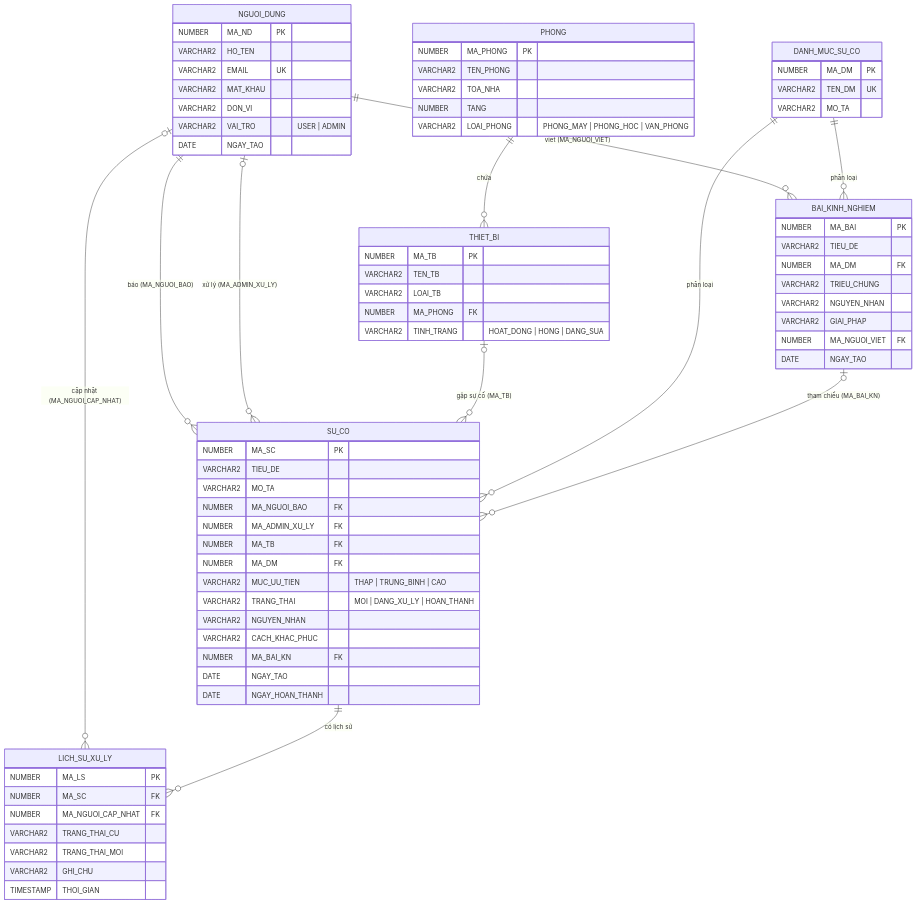
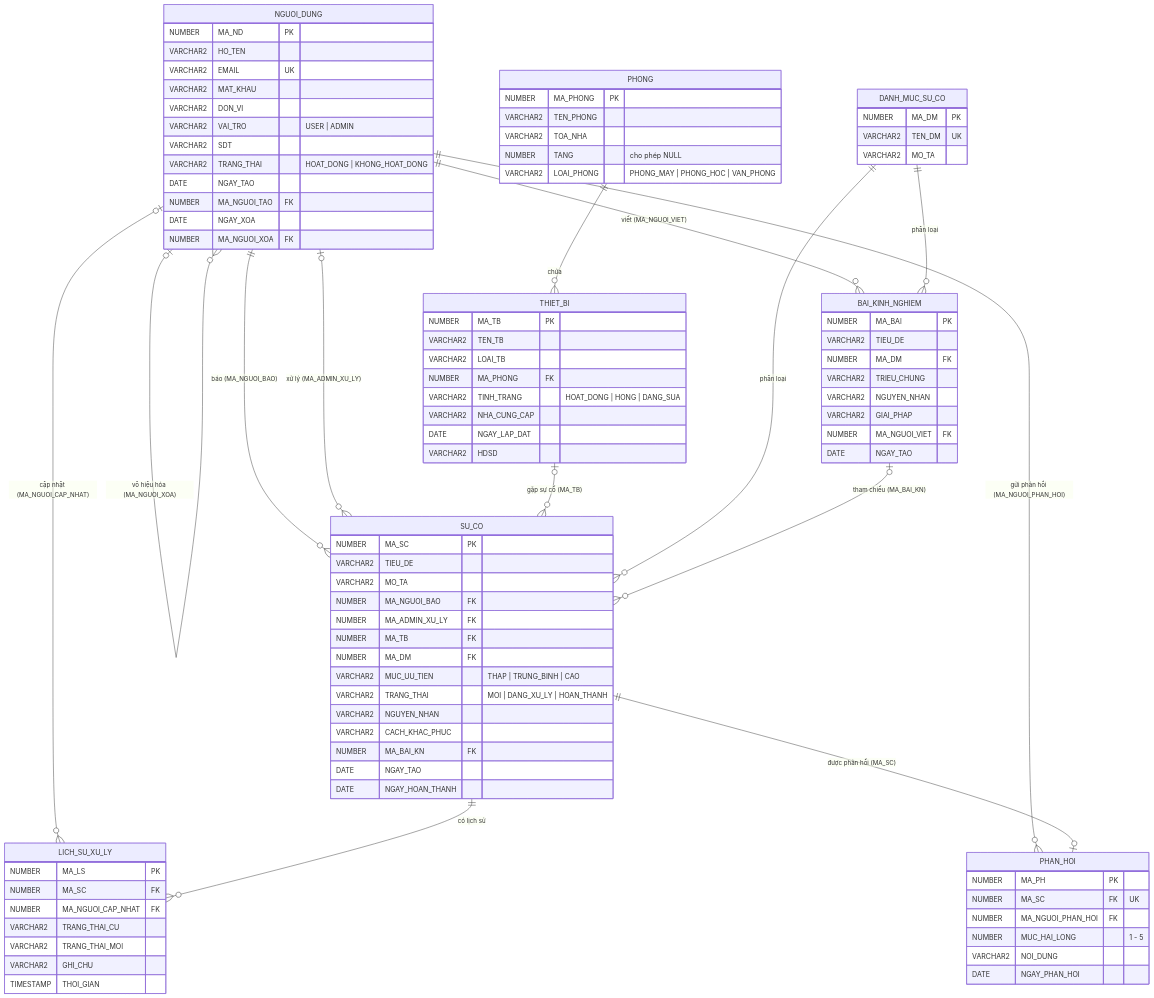
Before and after one commit to greyd254/IMS_TEST: the diagram in SO_DO_QUAN_HE.md, drawn with Mermaid. The commit also changed other lines of this file and 41 other files, not shown here.

First line of the commit message:
Them bang PHAN_HOI, xoa mem nguoi dung, CRUD danh muc va lam moi giao dien web

```diff
--- a/SO_DO_QUAN_HE.md
+++ b/SO_DO_QUAN_HE.md
@@ -26,12 +30,16 @@
     NGUOI_DUNG |o--o{ SU_CO : "xử lý (MA_ADMIN_XU_LY)"
     NGUOI_DUNG ||--o{ BAI_KINH_NGHIEM : "viết (MA_NGUOI_VIET)"
     NGUOI_DUNG |o--o{ LICH_SU_XU_LY : "cập nhật (MA_NGUOI_CAP_NHAT)"
+    NGUOI_DUNG |o--o{ NGUOI_DUNG : "tạo tài khoản (MA_NGUOI_TAO)"
+    NGUOI_DUNG |o--o{ NGUOI_DUNG : "vô hiệu hóa (MA_NGUOI_XOA)"
+    NGUOI_DUNG ||--o{ PHAN_HOI : "gửi phản hồi (MA_NGUOI_PHAN_HOI)"
     PHONG ||--o{ THIET_BI : "chứa"
     THIET_BI |o--o{ SU_CO : "gặp sự cố (MA_TB)"
     DANH_MUC_SU_CO ||--o{ SU_CO : "phân loại"
     DANH_MUC_SU_CO ||--o{ BAI_KINH_NGHIEM : "phân loại"
     BAI_KINH_NGHIEM |o--o{ SU_CO : "tham chiếu (MA_BAI_KN)"
     SU_CO ||--o{ LICH_SU_XU_LY : "có lịch sử"
+    SU_CO ||--o| PHAN_HOI : "được phản hồi (MA_SC)"
 
     NGUOI_DUNG {
         NUMBER MA_ND PK
@@ -40,13 +48,18 @@
         VARCHAR2 MAT_KHAU
         VARCHAR2 DON_VI
         VARCHAR2 VAI_TRO "USER | ADMIN"
+        VARCHAR2 SDT
+        VARCHAR2 TRANG_THAI "HOAT_DONG | KHONG_HOAT_DONG"
         DATE NGAY_TAO
+        NUMBER MA_NGUOI_TAO FK
+        DATE NGAY_XOA
+        NUMBER MA_NGUOI_XOA FK
     }
     PHONG {
         NUMBER MA_PHONG PK
         VARCHAR2 TEN_PHONG
         VARCHAR2 TOA_NHA
-        NUMBER TANG
+        NUMBER TANG "cho phép NULL"
         VARCHAR2 LOAI_PHONG "PHONG_MAY | PHONG_HOC | VAN_PHONG"
     }
     THIET_BI {
@@ -55,6 +68,17 @@
         VARCHAR2 LOAI_TB
         NUMBER MA_PHONG FK
         VARCHAR2 TINH_TRANG "HOAT_DONG | HONG | DANG_SUA"
+        VARCHAR2 NHA_CUNG_CAP
+        DATE NGAY_LAP_DAT
+        VARCHAR2 HDSD
+    }
+    PHAN_HOI {
+        NUMBER MA_PH PK
+        NUMBER MA_SC FK "UK"
+        NUMBER MA_NGUOI_PHAN_HOI FK
+        NUMBER MUC_HAI_LONG "1 - 5"
+        VARCHAR2 NOI_DUNG
+        DATE NGAY_PHAN_HOI
     }
     DANH_MUC_SU_CO {
         NUMBER MA_DM PK
```
